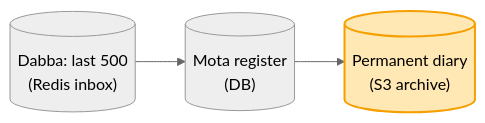
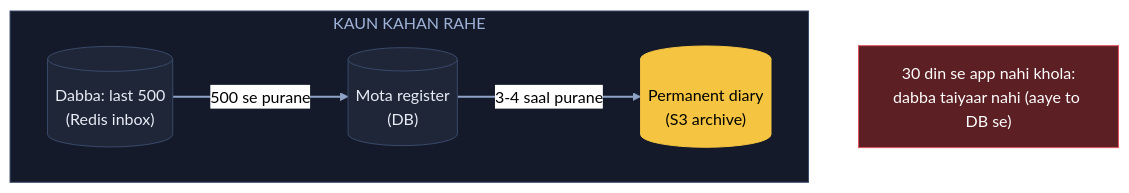
Before and after one commit to ArpanMaheshwari144/Prep: the sixth of 15 diagrams in 04_HLD/SYSTEM_DESIGNS/03_twitter_feed/03_twitter_feed.md, drawn with Mermaid (neutral theme). The commit also changed other lines of this file, not shown here.

Commit message:
Twitter: 15 diagram YouTube (reel) wale card andaaz me

````diff
--- a/04_HLD/SYSTEM_DESIGNS/03_twitter_feed/03_twitter_feed.md
+++ b/04_HLD/SYSTEM_DESIGNS/03_twitter_feed/03_twitter_feed.md
@@ -149,6 +209,17 @@
 ```mermaid
-flowchart LR
-    IN[("Dabba: last 500<br/>(Redis inbox)")] --> DB[("Mota register<br/>(DB)")]
-    DB --> S3[("Permanent diary<br/>(S3 archive)")]
-    style S3 fill:#ffe8b3,stroke:#f59f00,stroke-width:2px,color:#000
+flowchart TB
+    subgraph TR["KAUN KAHAN RAHE"]
+        IN[("Dabba: last 500<br/>(Redis inbox)")]:::card
+        DB[("Mota register<br/>(DB)")]:::card
+        S3[("Permanent diary<br/>(S3 archive)")]:::pill
+    end
+    X["30 din se app nahi khola:<br/>dabba taiyaar nahi (aaye to DB se)"]:::bad
+    IN -- "500 se purane" --> DB
+    DB -- "3-4 saal purane" --> S3
+    linkStyle default stroke:#8fa3c7,stroke-width:2px
+    classDef card fill:#1e2638,stroke:#3a4a6b,color:#e8ecf5
+    classDef pill fill:#f5c542,stroke:#f5c542,color:#000
+    classDef good fill:#2e7d4f,stroke:#3fbf6f,color:#fff
+    classDef bad fill:#5c1f24,stroke:#e05561,color:#fff
+    style TR fill:#141a29,stroke:#3a4a6b,color:#9fb3d9
 ```
````
